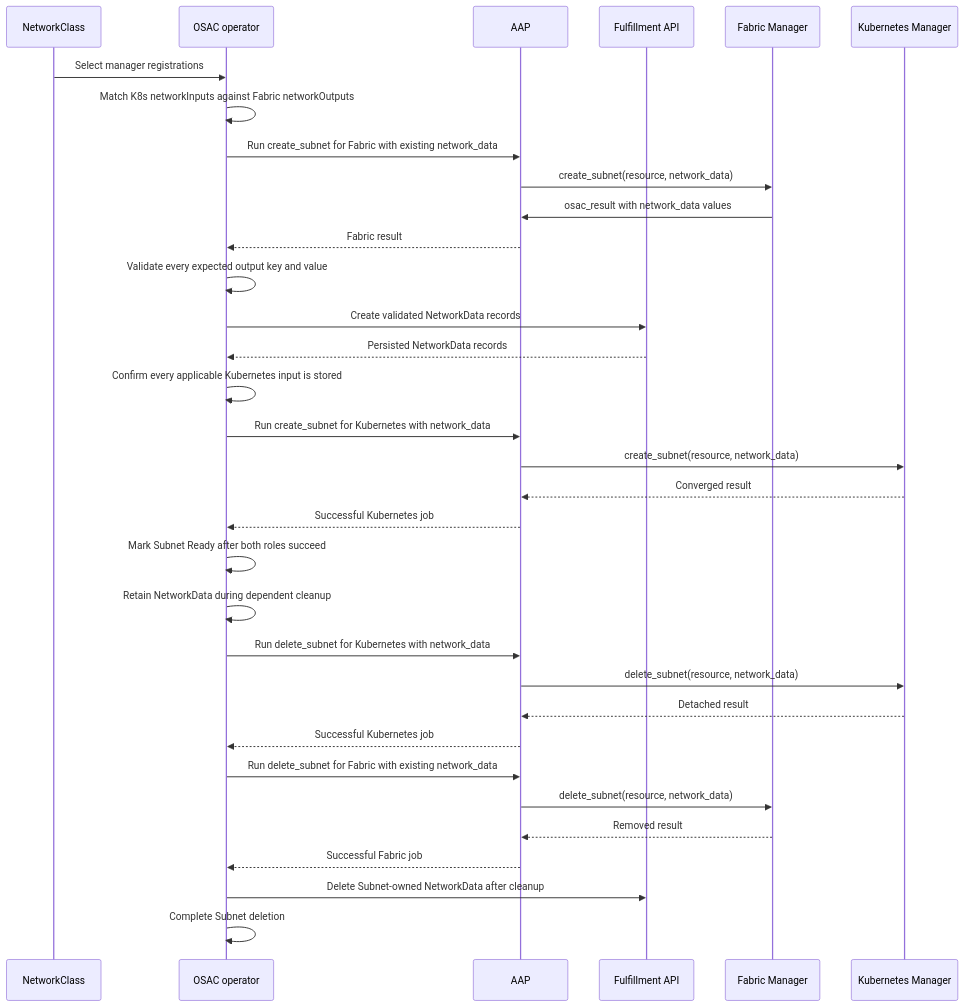
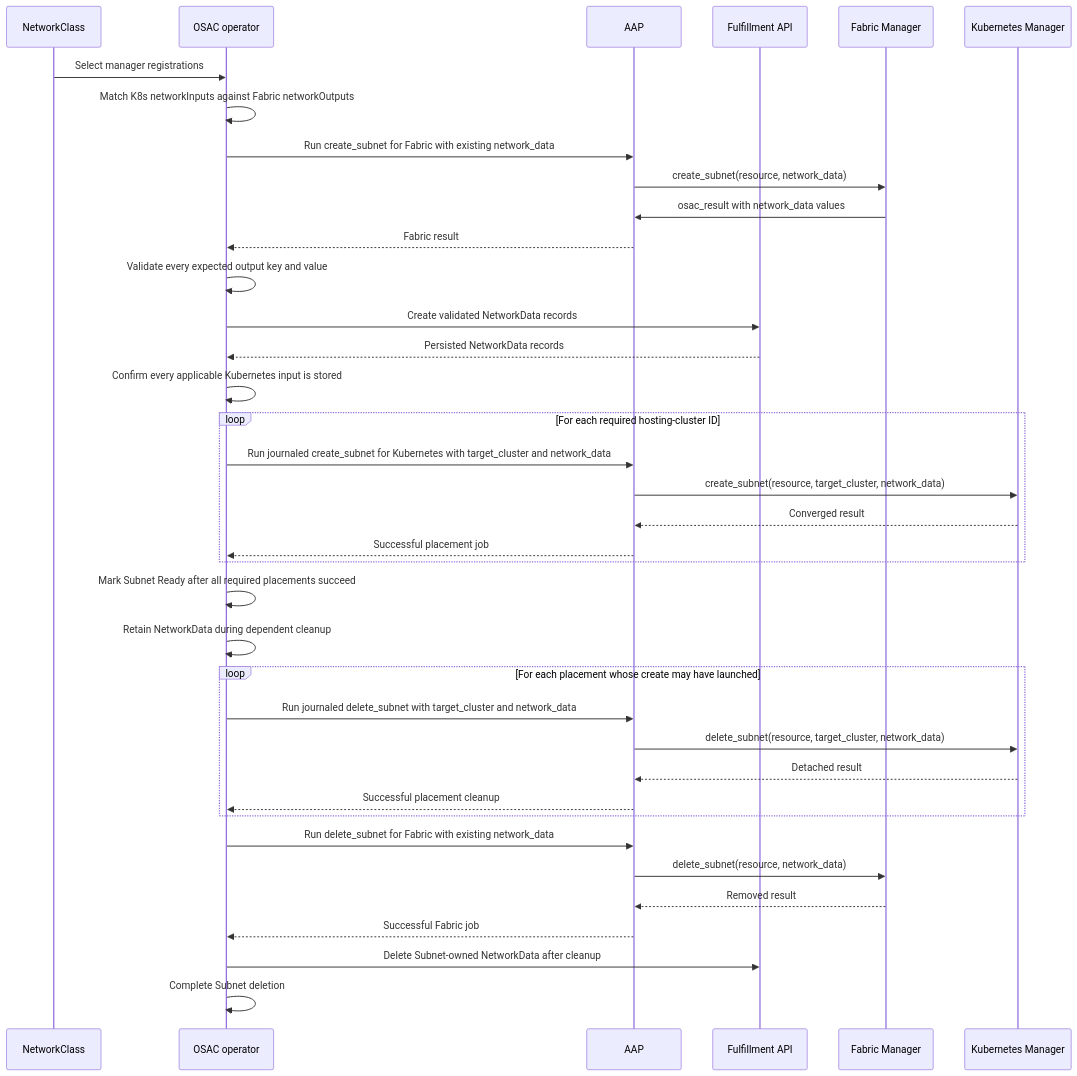
Before and after one commit to danmanor/enhancement-proposals: the diagram in enhancements/OSAC-1433-network-manager-integration-contract-networking/design.md, drawn with Mermaid. The commit also changed other lines of this file and 3 other files, not shown here.

````diff
--- a/enhancements/OSAC-1433-network-manager-integration-contract-networking/design.md
+++ b/enhancements/OSAC-1433-network-manager-integration-contract-networking/design.md
@@ -1155,37 +1197,41 @@
 ```mermaid
 sequenceDiagram
     participant NC as NetworkClass
     participant Operator as OSAC operator
     participant AAP as AAP
     participant Fulfillment as Fulfillment API
     participant Fabric as Fabric Manager
     participant K8s as Kubernetes Manager
 
     NC->>Operator: Select manager registrations
     Operator->>Operator: Match K8s networkInputs against Fabric networkOutputs
     Operator->>AAP: Run create_subnet for Fabric with existing network_data
     AAP->>Fabric: create_subnet(resource, network_data)
     Fabric->>AAP: osac_result with network_data values
     AAP-->>Operator: Fabric result
     Operator->>Operator: Validate every expected output key and value
     Operator->>Fulfillment: Create validated NetworkData records
     Fulfillment-->>Operator: Persisted NetworkData records
     Operator->>Operator: Confirm every applicable Kubernetes input is stored
-    Operator->>AAP: Run create_subnet for Kubernetes with network_data
-    AAP->>K8s: create_subnet(resource, network_data)
-    K8s-->>AAP: Converged result
-    AAP-->>Operator: Successful Kubernetes job
-    Operator->>Operator: Mark Subnet Ready after both roles succeed
+    loop For each required hosting-cluster ID
+        Operator->>AAP: Run journaled create_subnet for Kubernetes with target_cluster and network_data
+        AAP->>K8s: create_subnet(resource, target_cluster, network_data)
+        K8s-->>AAP: Converged result
+        AAP-->>Operator: Successful placement job
+    end
+    Operator->>Operator: Mark Subnet Ready after all required placements succeed
 
     Operator->>Operator: Retain NetworkData during dependent cleanup
-    Operator->>AAP: Run delete_subnet for Kubernetes with network_data
-    AAP->>K8s: delete_subnet(resource, network_data)
-    K8s-->>AAP: Detached result
-    AAP-->>Operator: Successful Kubernetes job
+    loop For each placement whose create may have launched
+        Operator->>AAP: Run journaled delete_subnet with target_cluster and network_data
+        AAP->>K8s: delete_subnet(resource, target_cluster, network_data)
+        K8s-->>AAP: Detached result
+        AAP-->>Operator: Successful placement cleanup
+    end
     Operator->>AAP: Run delete_subnet for Fabric with existing network_data
     AAP->>Fabric: delete_subnet(resource, network_data)
     Fabric-->>AAP: Removed result
     AAP-->>Operator: Successful Fabric job
     Operator->>Fulfillment: Delete Subnet-owned NetworkData after cleanup
     Operator->>Operator: Complete Subnet deletion
 ```
````
